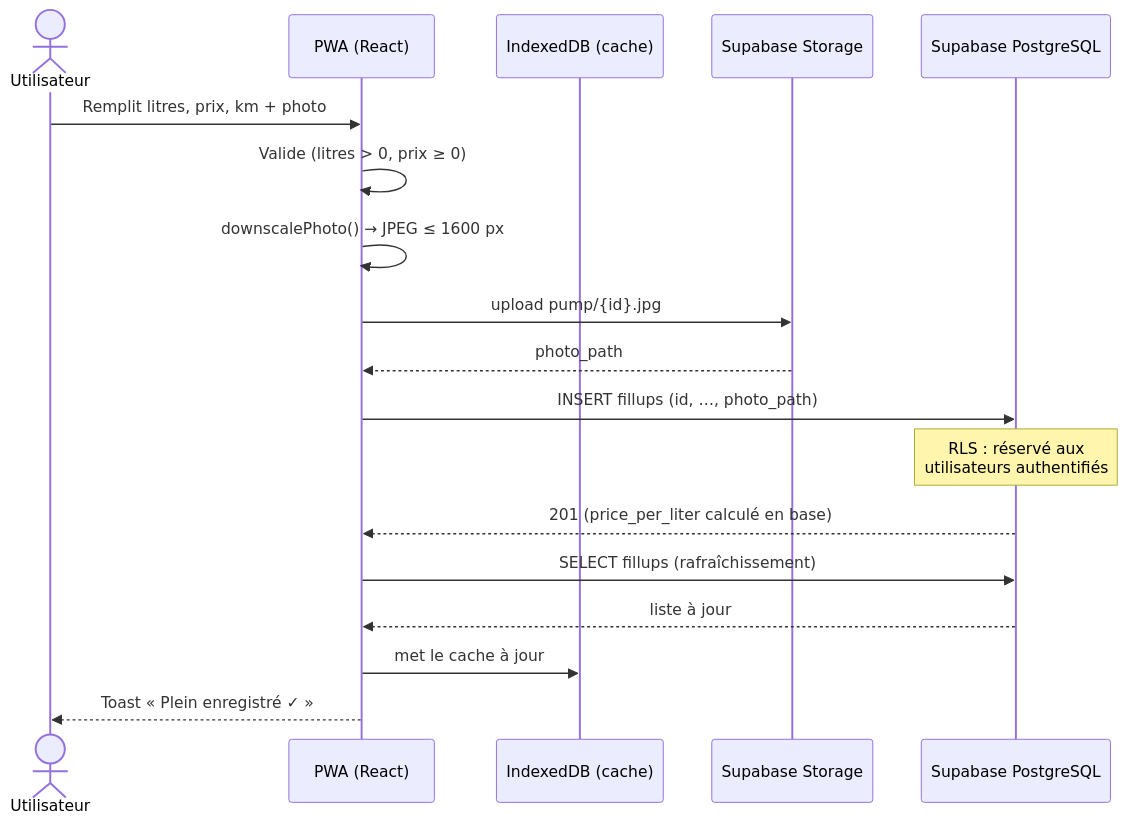
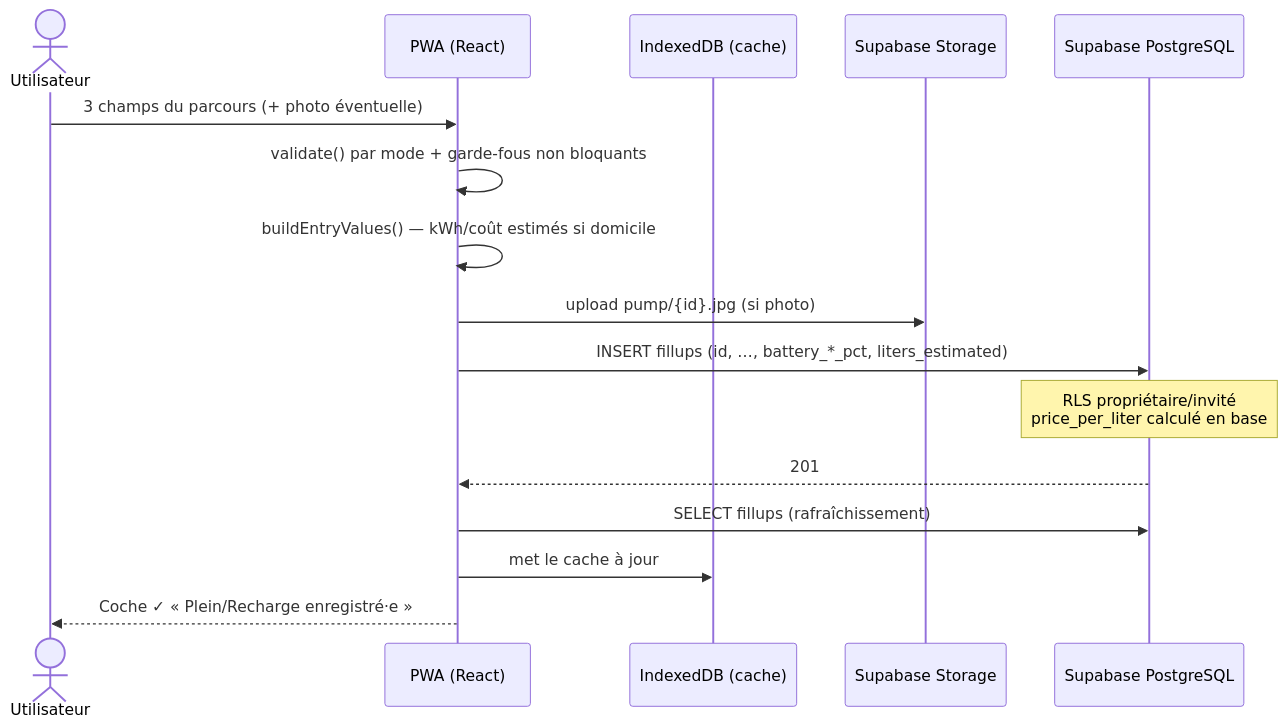
One commit to pkalumel/carnet-carburant changed the third of 6 diagrams in docs/SPECIFICATIONS.md. Above: the diagram before and after it, drawn with Mermaid. The commit also changed other lines of this file and 1 other file, not shown here.

````diff
--- a/docs/SPECIFICATIONS.md
+++ b/docs/SPECIFICATIONS.md
@@ -178,21 +236,19 @@
 ```mermaid
 sequenceDiagram
     actor U as Utilisateur
     participant App as PWA (React)
     participant IDB as IndexedDB (cache)
     participant ST as Supabase Storage
     participant DB as Supabase PostgreSQL
 
-    U->>App: Remplit litres, prix, km + photo
-    App->>App: Valide (litres > 0, prix ≥ 0)
-    App->>App: downscalePhoto() → JPEG ≤ 1600 px
-    App->>ST: upload pump/{id}.jpg
-    ST-->>App: photo_path
-    App->>DB: INSERT fillups (id, …, photo_path)
-    Note over DB: RLS : réservé aux<br/>utilisateurs authentifiés
-    DB-->>App: 201 (price_per_liter calculé en base)
+    U->>App: 3 champs du parcours (+ photo éventuelle)
+    App->>App: validate() par mode + garde-fous non bloquants
+    App->>App: buildEntryValues() — kWh/coût estimés si domicile
+    App->>ST: upload pump/{id}.jpg (si photo)
+    App->>DB: INSERT fillups (id, …, battery_*_pct, liters_estimated)
+    Note over DB: RLS propriétaire/invité<br/>price_per_liter calculé en base
+    DB-->>App: 201
     App->>DB: SELECT fillups (rafraîchissement)
-    DB-->>App: liste à jour
     App->>IDB: met le cache à jour
-    App-->>U: Toast « Plein enregistré ✓ »
+    App-->>U: Coche ✓ « Plein/Recharge enregistré·e »
 ```
````
